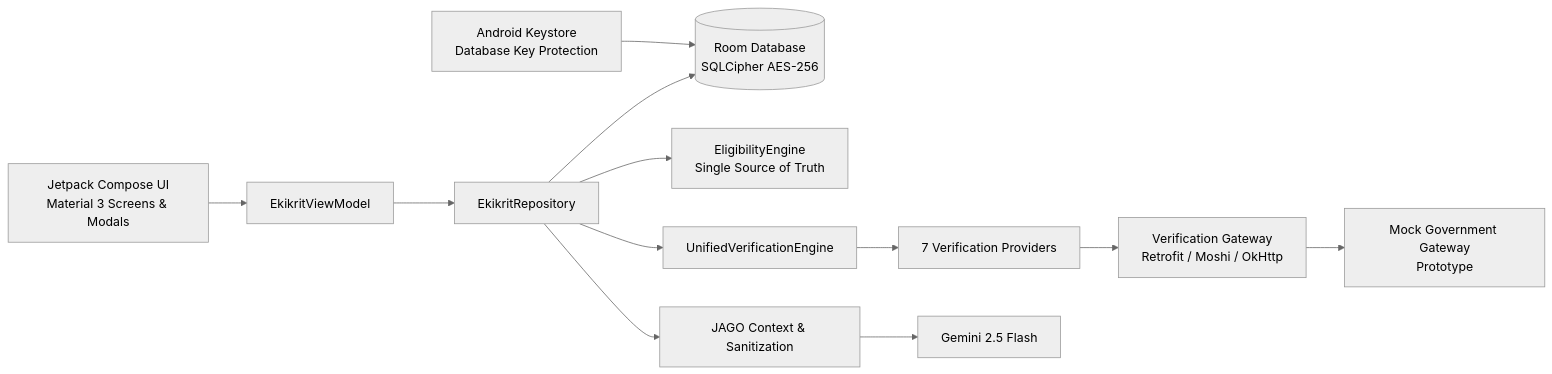
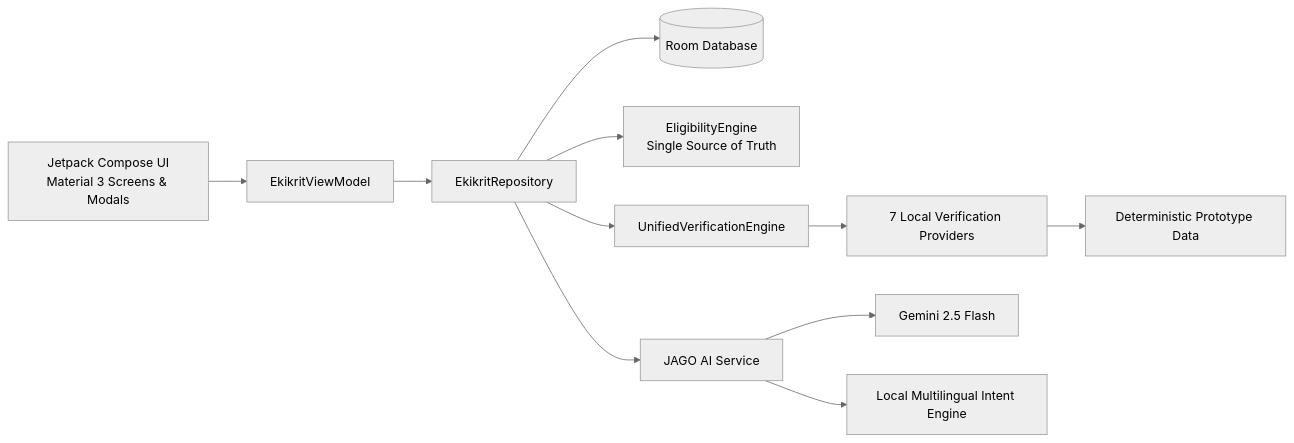
The diagram in README.md (theanshdhyani/Ekikrit), drawn with Mermaid (neutral theme) before and after one commit. The commit also changed other lines of this file, not shown here.

````diff
--- a/README.md
+++ b/README.md
@@ -101,25 +114,23 @@
 ```mermaid
 flowchart LR
     UI["Jetpack Compose UI<br/>Material 3 Screens & Modals"]
         --> VM["EkikritViewModel"]
 
     VM --> Repo["EkikritRepository"]
 
-    Repo --> DB[("Room Database<br/>SQLCipher AES-256")]
+    Repo --> DB[("Room Database")]
 
     Repo --> Elig["EligibilityEngine<br/>Single Source of Truth"]
 
     Repo --> Ver["UnifiedVerificationEngine"]
 
-    Ver --> Prov["7 Verification Providers"]
+    Ver --> Providers["7 Local Verification Providers"]
 
-    Prov --> API["Verification Gateway<br/>Retrofit / Moshi / OkHttp"]
+    Providers --> Mock["Deterministic Prototype Data"]
 
-    API --> Mock["Mock Government Gateway<br/>Prototype"]
+    Repo --> Jago["JAGO AI Service"]
 
-    Repo --> Ground["JAGO Context & Sanitization"]
+    Jago --> Gemini["Gemini 2.5 Flash"]
 
-    Ground --> Gemini["Gemini 2.5 Flash"]
-
-    Key["Android Keystore<br/>Database Key Protection"] --> DB
+    Jago --> Fallback["Local Multilingual Intent Engine"]
 ```
````
